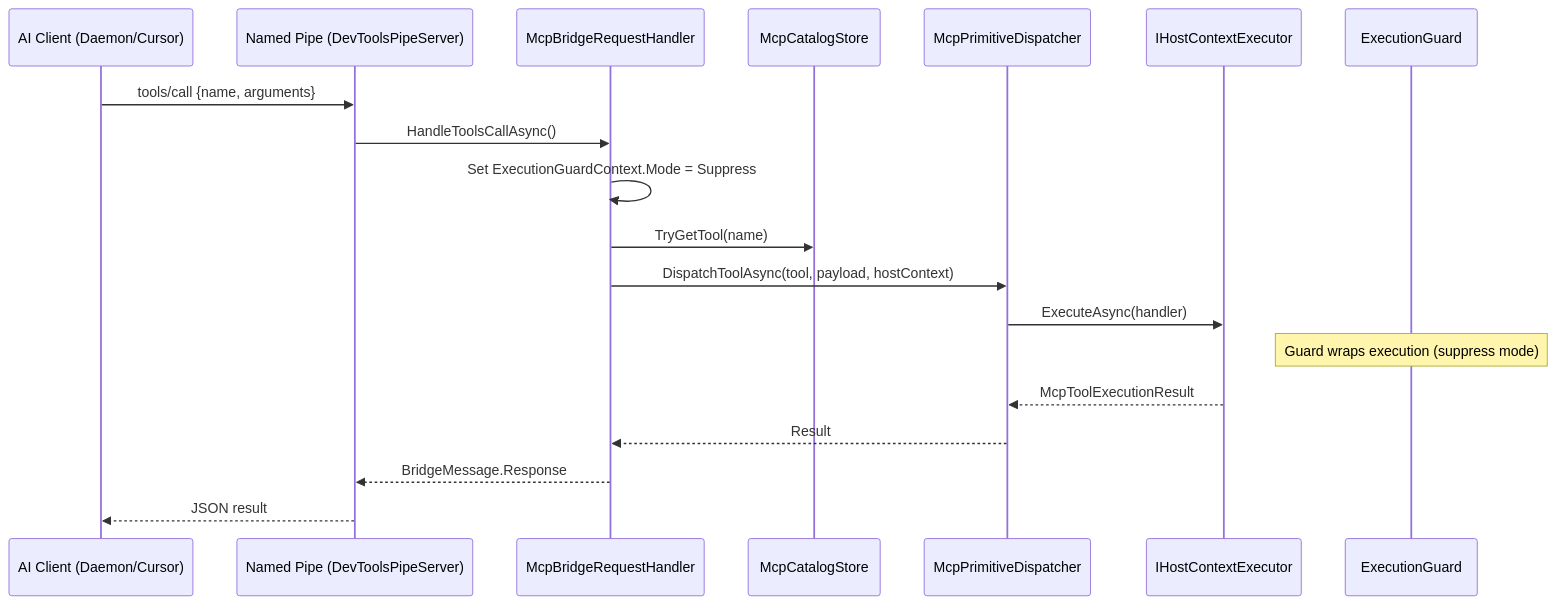
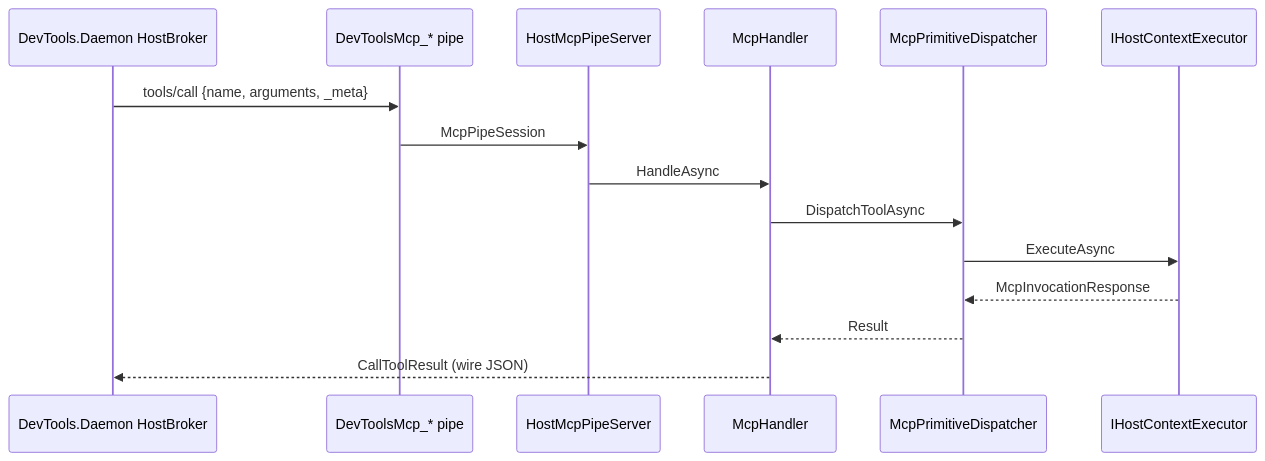
Before and after one commit to trgiangv/RevitDevTool: the diagram in docs/architecture/Execution/mcp-dispatch.md, drawn with Mermaid. The commit also changed other lines of this file and 32 other files, not shown here.

First line of the commit message:
docs(mcp): platform architecture and product contracts for SDK 2.0

````diff
--- a/docs/architecture/Execution/mcp-dispatch.md
+++ b/docs/architecture/Execution/mcp-dispatch.md
@@ -29,22 +28,18 @@
 ```mermaid
 sequenceDiagram
-    participant Client as AI Client (Daemon/Cursor)
-    participant Pipe as Named Pipe (DevToolsPipeServer)
-    participant Handler as McpBridgeRequestHandler
-    participant Catalog as McpCatalogStore
+    participant Daemon as DevTools.Daemon HostBroker
+    participant Pipe as DevToolsMcp_* pipe
+    participant Server as HostMcpPipeServer
+    participant Handler as McpHandler
     participant Dispatcher as McpPrimitiveDispatcher
     participant Host as IHostContextExecutor
-    participant Guard as ExecutionGuard
 
-    Client->>Pipe: tools/call {name, arguments}
-    Pipe->>Handler: HandleToolsCallAsync()
-    Handler->>Handler: Set ExecutionGuardContext.Mode = Suppress
-    Handler->>Catalog: TryGetTool(name)
-    Handler->>Dispatcher: DispatchToolAsync(tool, payload, hostContext)
-    Dispatcher->>Host: ExecuteAsync(handler)
-    Note over Guard: Guard wraps execution (suppress mode)
-    Host-->>Dispatcher: McpToolExecutionResult
+    Daemon->>Pipe: tools/call {name, arguments, _meta}
+    Pipe->>Server: McpPipeSession
+    Server->>Handler: HandleAsync
+    Handler->>Dispatcher: DispatchToolAsync
+    Dispatcher->>Host: ExecuteAsync
+    Host-->>Dispatcher: McpInvocationResponse
     Dispatcher-->>Handler: Result
-    Handler-->>Pipe: BridgeMessage.Response
-    Pipe-->>Client: JSON result
+    Handler-->>Daemon: CallToolResult (wire JSON)
 ```
````
